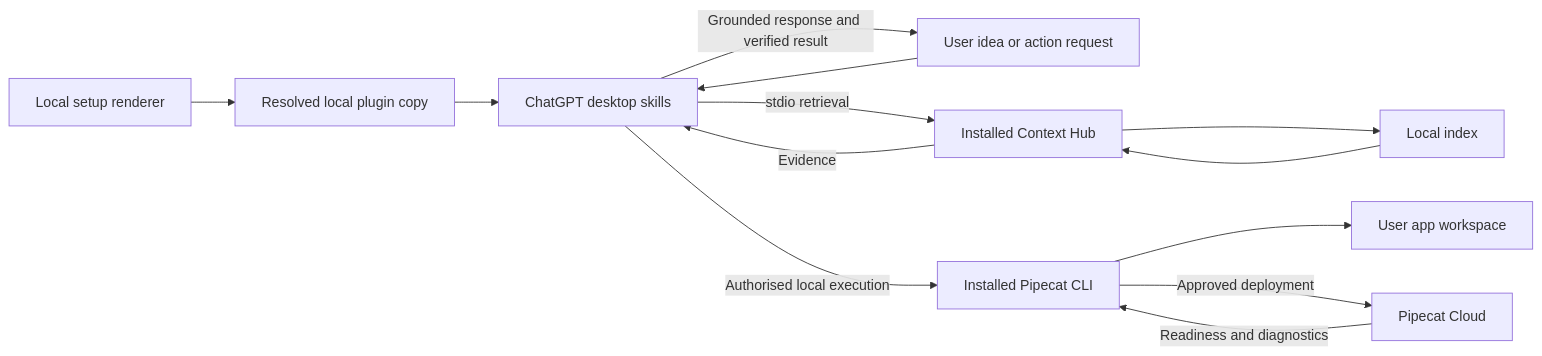
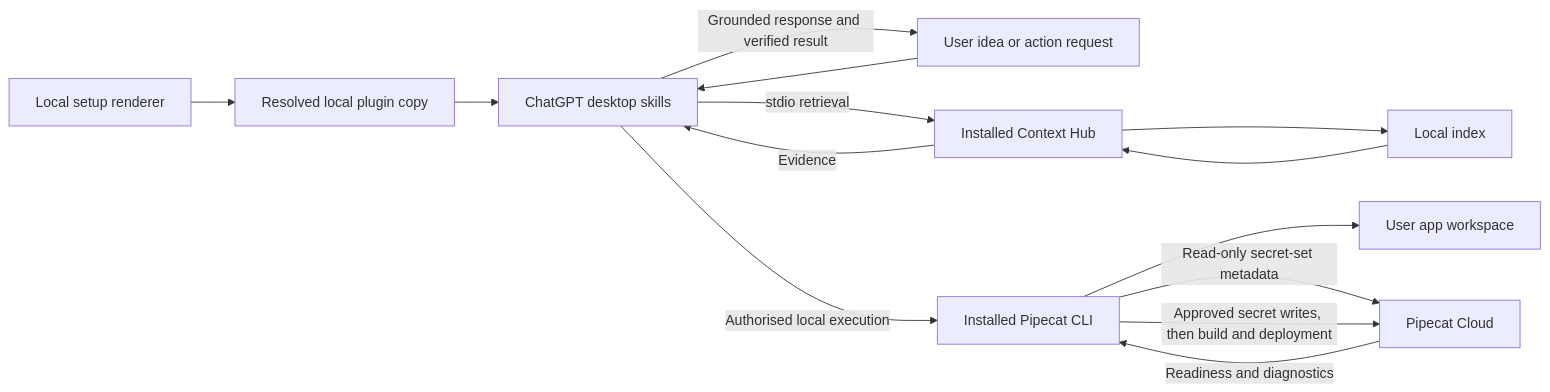
The first of 2 diagrams in docs/dev_plans/20261002-feature-chatgpt-local-plugin.md (pipecat-ai/pipecat-context-hub), drawn with Mermaid before and after one commit. The commit also changed other lines of this file and 1 other file, not shown here.

Commit message:
docs: resolve Pipecat plugin approval and capability review findings

````diff
--- a/docs/dev_plans/20261002-feature-chatgpt-local-plugin.md
+++ b/docs/dev_plans/20261002-feature-chatgpt-local-plugin.md
@@ -104,15 +109,16 @@
 ```mermaid
 graph LR
   S[Local setup renderer] --> P[Resolved local plugin copy]
   P --> C[ChatGPT desktop skills]
   U[User idea or action request] --> C
   C -->|stdio retrieval| H[Installed Context Hub]
   H --> I[Local index]
   I --> H
   H -->|Evidence| C
   C -->|Authorised local execution| L[Installed Pipecat CLI]
   L --> A[User app workspace]
-  L -->|Approved deployment| K[Pipecat Cloud]
+  L -->|Read-only secret-set metadata| K[Pipecat Cloud]
+  L -->|Approved secret writes, then build and deployment| K
   K -->|Readiness and diagnostics| L
   C -->|Grounded response and verified result| U
 ```
````
